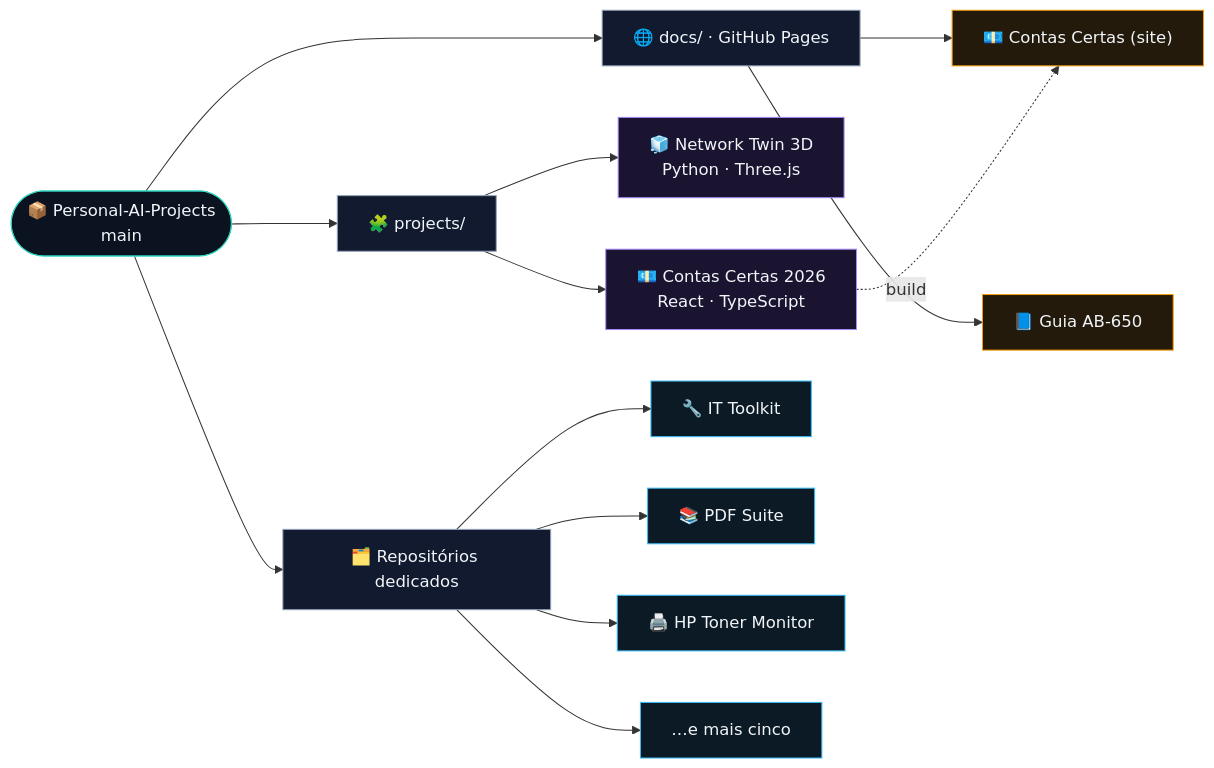
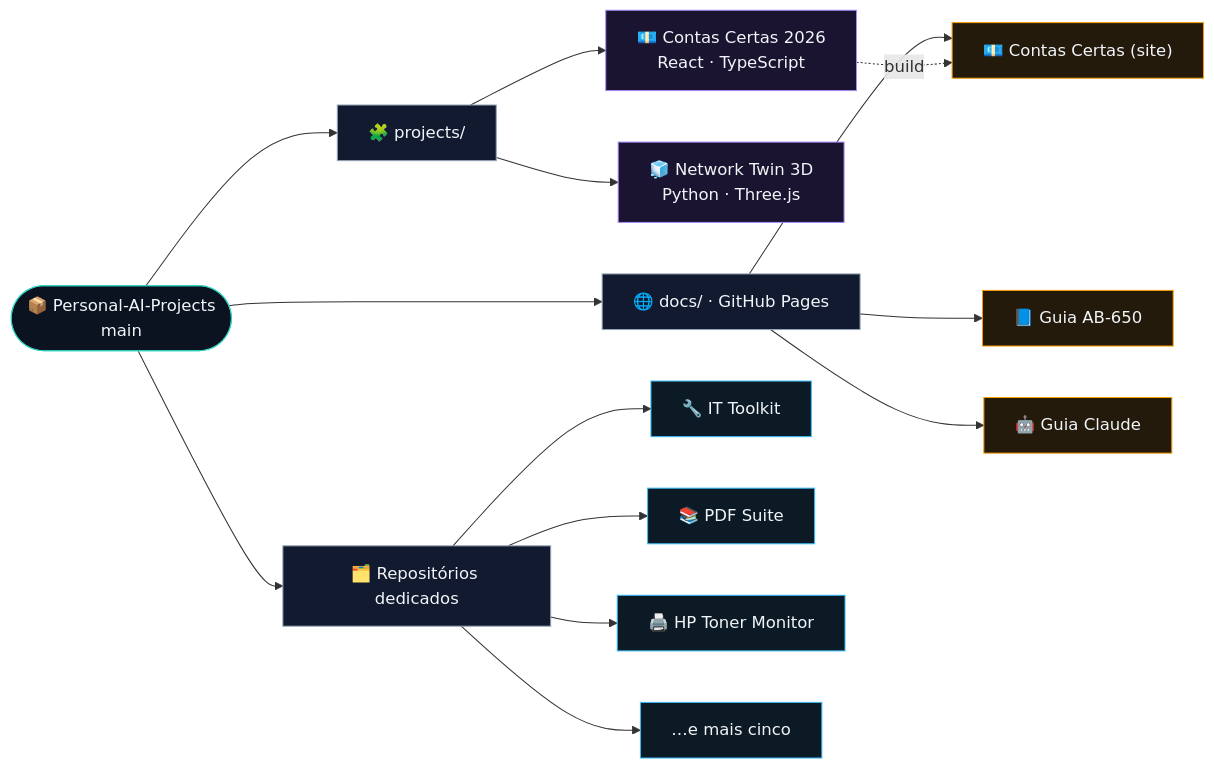
Before and after one commit to RafaDevpt/Personal-AI-Projects: the diagram in README.md, drawn with Mermaid. The commit also changed other lines of this file and 3 other files, not shown here.

First line of the commit message:
Guia Claude: Code 101, Enterprise e API

````diff
--- a/README.md
+++ b/README.md
@@ -52,23 +52,24 @@
 ```mermaid
 flowchart LR
     hub(["📦 Personal-AI-Projects<br/>main"])
     hub --> P["🧩 projects/"]
     hub --> D["🌐 docs/ · GitHub Pages"]
     hub --> R["🗂️ Repositórios dedicados"]
     P --> NT["🧊 Network Twin 3D<br/>Python · Three.js"]
     P --> CC["💶 Contas Certas 2026<br/>React · TypeScript"]
     D --> AB["📘 Guia AB-650"]
+    D --> CL["🤖 Guia Claude"]
     D --> CW["💶 Contas Certas (site)"]
     CC -. "build" .-> CW
     R --> T1["🔧 IT Toolkit"]
     R --> T2["📚 PDF Suite"]
     R --> T3["🖨️ HP Toner Monitor"]
     R --> T4["…e mais cinco"]
 
     classDef hubc fill:#0b1220,stroke:#2dd4bf,color:#f1f5f9;
     classDef zone fill:#111a2e,stroke:#94a3b8,color:#f1f5f9;
     classDef proj fill:#1a1430,stroke:#a78bfa,color:#f1f5f9;
     classDef site fill:#241a0b,stroke:#f59e0b,color:#f1f5f9;
     classDef ext fill:#0b1a24,stroke:#38bdf8,color:#f1f5f9;
-    class hub hubc; class P,D,R zone; class NT,CC proj; class AB,CW site; class T1,T2,T3,T4 ext;
+    class hub hubc; class P,D,R zone; class NT,CC proj; class AB,CL,CW site; class T1,T2,T3,T4 ext;
 ```
````
